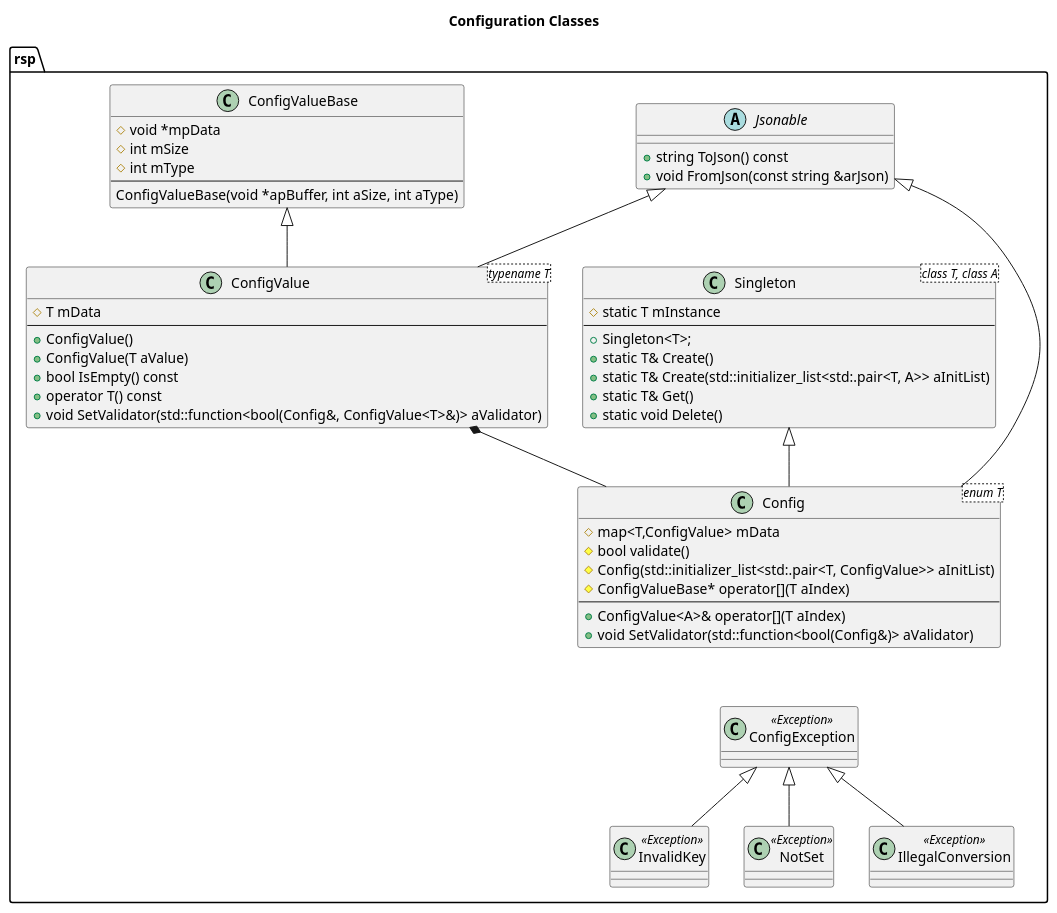
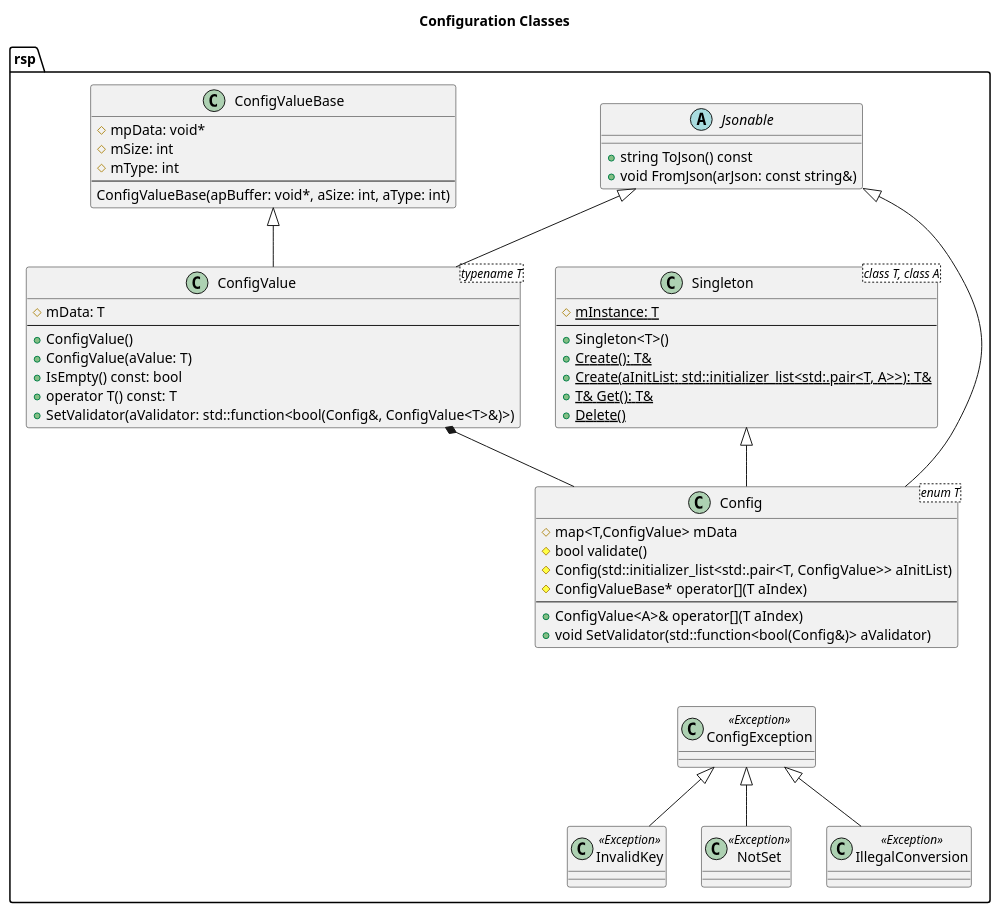
The diagram in docs/uml/Config Classes.puml (rsps/rsp-core-library), drawn with PlantUML before and after one commit. The commit also changed 3 other files, not shown here.

```diff
--- a/docs/uml/Config Classes.puml
+++ b/docs/uml/Config Classes.puml
@@ -1,72 +1,72 @@
 @startuml
 
 skinparam stereotypeCBackgroundColor<<Exception>> Red
 'hide stereotype
 
 title Configuration Classes
 
 namespace rsp {
 
 abstract class Jsonable {
     +string ToJson() const
-    +void FromJson(const string &arJson)
+    +void FromJson(arJson: const string&)
 }
 
 class Singleton<class T, class A> {
-    #static T mInstance
+    #{static} mInstance: T
 --
-    +Singleton<T>;
-    +static T& Create()
-    +static T& Create(std::initializer_list<std:.pair<T, A>> aInitList)
-    +static T& Get()
-    +static void Delete()
+    +Singleton<T>()
+    +{static} Create(): T&
+    +{static} Create(aInitList: std::initializer_list<std:.pair<T, A>>): T& 
+    +{static} T& Get(): T& 
+    +{static} Delete()
 }
 
 class ConfigValueBase {
-    #void *mpData
-    #int mSize
-    #int mType
+    #mpData: void*
+    #mSize: int
+    #mType: int
 --
-    ConfigValueBase(void *apBuffer, int aSize, int aType)
+    ConfigValueBase(apBuffer: void*, aSize: int, aType: int)
 }
 
 class ConfigValue<typename T> {
-    #T mData
+    #mData: T
 --
     +ConfigValue()
-    +ConfigValue(T aValue)
-    +bool IsEmpty() const
-    +operator T() const
-    +void SetValidator(std::function<bool(Config&, ConfigValue<T>&)> aValidator)
+    +ConfigValue(aValue: T)
+    +IsEmpty() const: bool
+    +operator T() const: T
+    +SetValidator(aValidator: std::function<bool(Config&, ConfigValue<T>&)>)
 }
 
 class Config<enum T> {
     #map<T,ConfigValue> mData
     #bool validate()
     #Config(std::initializer_list<std:.pair<T, ConfigValue>> aInitList)
     #ConfigValueBase* operator[](T aIndex)
 --
     +ConfigValue<A>& operator[](T aIndex)
     +void SetValidator(std::function<bool(Config&)> aValidator)
 }
 
 ConfigValueBase <|-- ConfigValue
 ConfigValue *-- Config
 Jsonable <|-- Config
 Jsonable <|-- ConfigValue
 Singleton <|-- Config
 
 class ConfigException <<Exception>>
 class InvalidKey <<Exception>>
 class NotSet <<Exception>>
 class IllegalConversion <<Exception>>
 
 ConfigException <|-- InvalidKey
 ConfigException <|-- NotSet
 ConfigException <|-- IllegalConversion
 
 Config <-down[hidden]- ConfigException
 
 }
 
 @enduml
```
